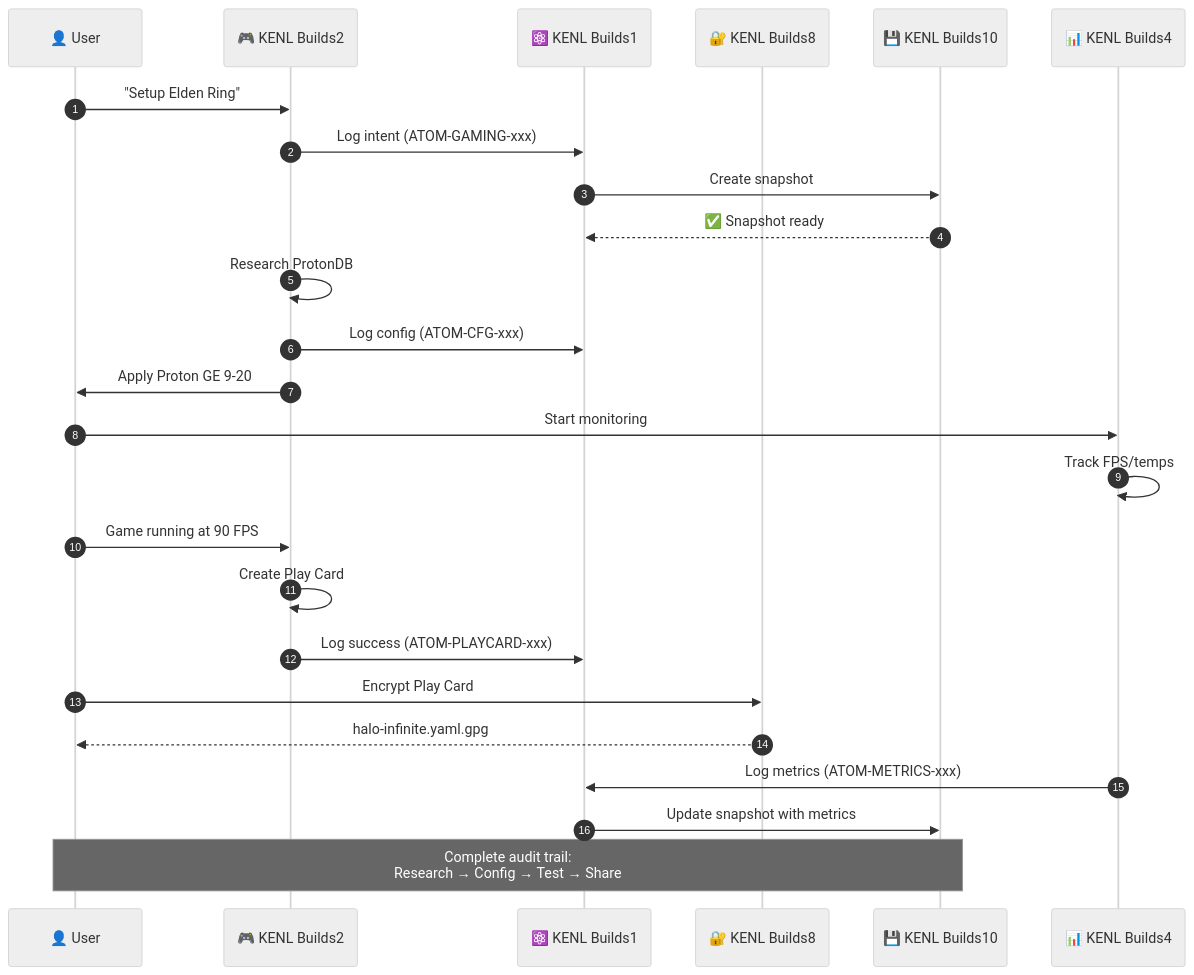
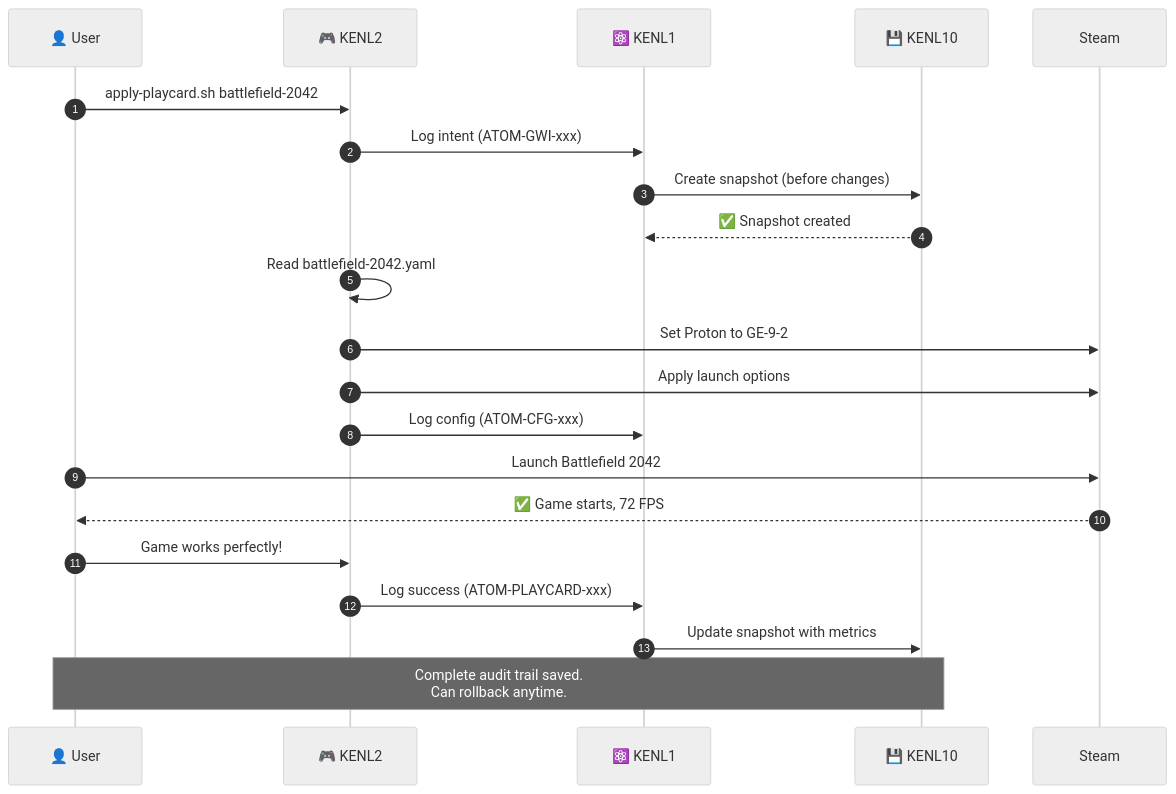
Before and after one commit to toolate28/kenl: the third of 3 diagrams in README.md, drawn with Mermaid (neutral theme). The commit also changed other lines of this file, not shown here.

First line of the commit message:
docs: complete rewrite of README with Bazzite-DX examples

````diff
--- a/README.md
+++ b/README.md
@@ -493,35 +418,29 @@
 ```mermaid
 sequenceDiagram
     autonumber
 
     participant U as 👤 User
-    participant K2 as 🎮 KENL Builds2
-    participant K1 as ⚛️ KENL Builds1
-    participant K8 as 🔐 KENL Builds8
-    participant K10 as 💾 KENL Builds10
-    participant K4 as 📊 KENL Builds4
+    participant K2 as 🎮 KENL2
+    participant K1 as ⚛️ KENL1
+    participant K10 as 💾 KENL10
+    participant S as Steam
 
-    U->>K2: "Setup Elden Ring"
-    K2->>K1: Log intent (ATOM-GAMING-xxx)
-    K1->>K10: Create snapshot
-    K10-->>K1: ✅ Snapshot ready
+    U->>K2: apply-playcard.sh battlefield-2042
+    K2->>K1: Log intent (ATOM-GWI-xxx)
+    K1->>K10: Create snapshot (before changes)
+    K10-->>K1: ✅ Snapshot created
 
-    K2->>K2: Research ProtonDB
+    K2->>K2: Read battlefield-2042.yaml
+    K2->>S: Set Proton to GE-9-2
+    K2->>S: Apply launch options
     K2->>K1: Log config (ATOM-CFG-xxx)
-    K2->>U: Apply Proton GE 9-20
 
-    U->>K4: Start monitoring
-    K4->>K4: Track FPS/temps
+    U->>S: Launch Battlefield 2042
+    S-->>U: ✅ Game starts, 72 FPS
 
-    U->>K2: Game running at 90 FPS
-    K2->>K2: Create Play Card
+    U->>K2: Game works perfectly!
     K2->>K1: Log success (ATOM-PLAYCARD-xxx)
-
-    U->>K8: Encrypt Play Card
-    K8-->>U: halo-infinite.yaml.gpg
-
-    K4->>K1: Log metrics (ATOM-METRICS-xxx)
     K1->>K10: Update snapshot with metrics
 
-    Note over U,K10: Complete audit trail:<br/>Research → Config → Test → Share
+    Note over U,K10: Complete audit trail saved.<br/>Can rollback anytime.
 ```
````
